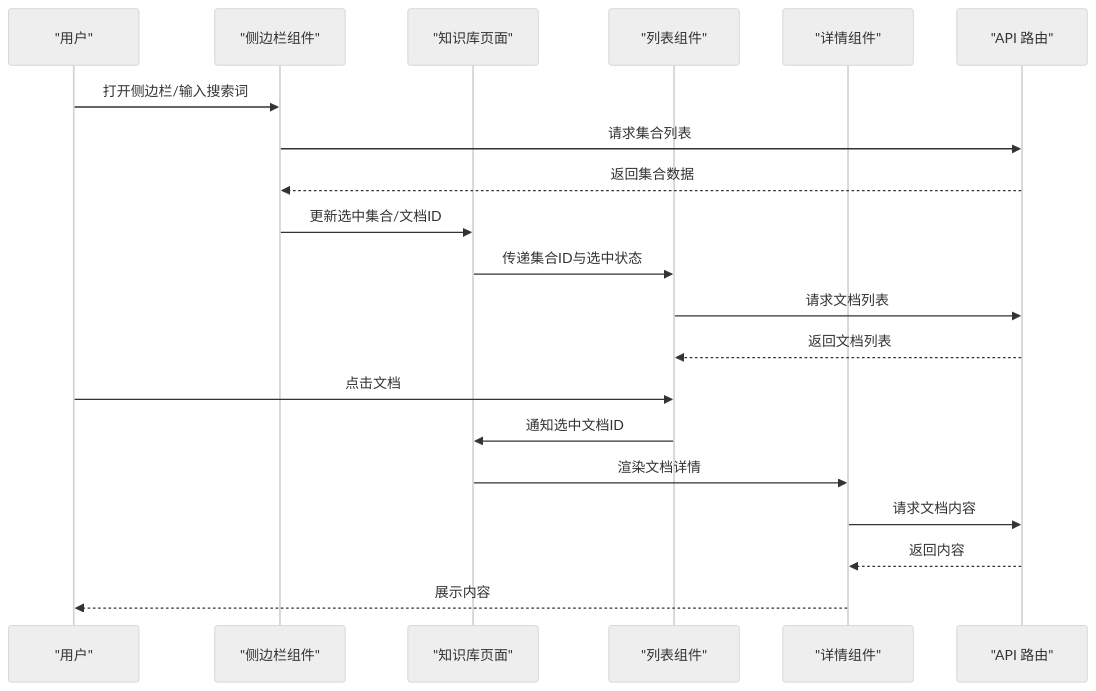
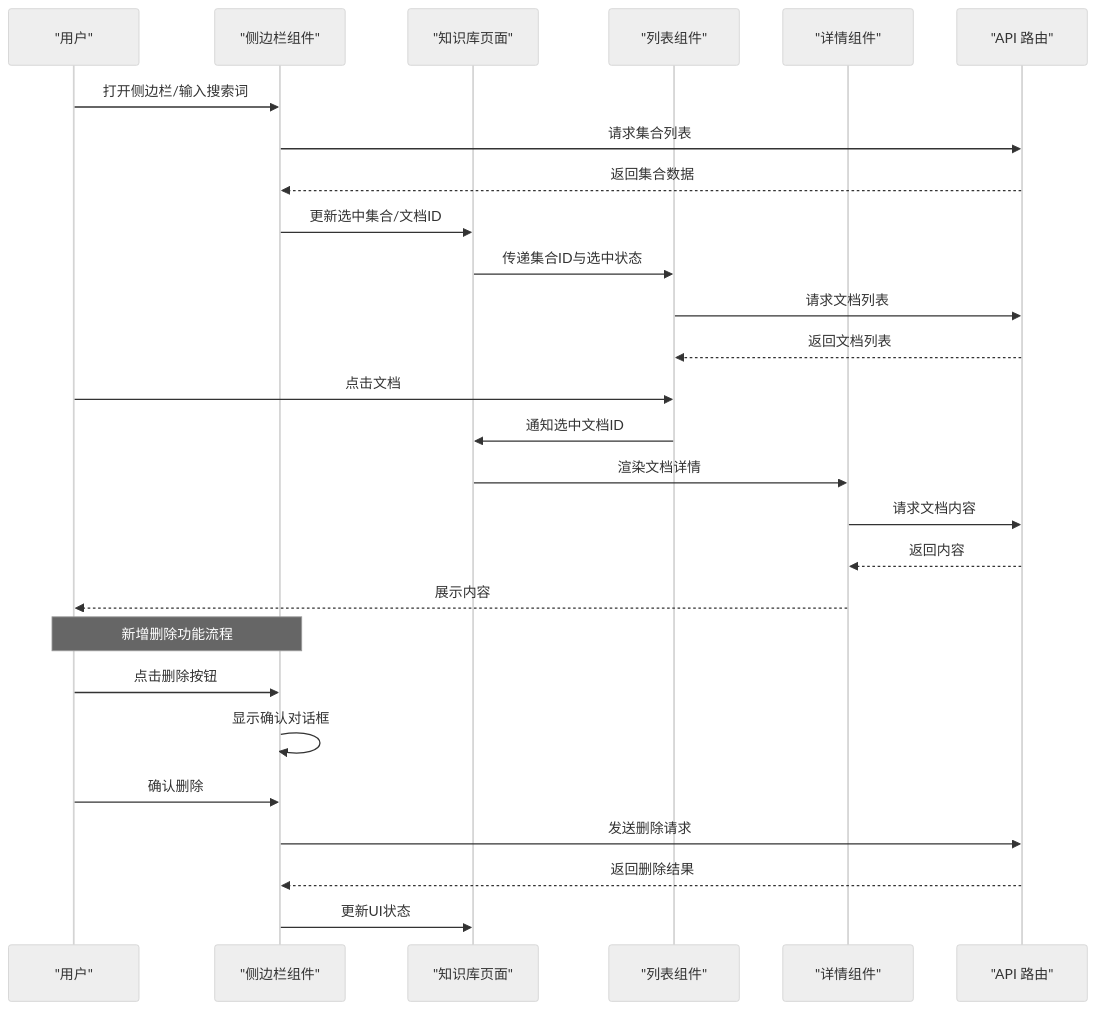
One commit to wangzihao64/RAG_Front changed the second of 4 diagrams in .qoder/repowiki/zh/content/知识库管理/知识库侧边栏组件.md. Above: the diagram before and after it, drawn with Mermaid (neutral theme). The commit also changed other lines of this file and 29 other files, not shown here.

````diff
--- a/.qoder/repowiki/zh/content/知识库管理/知识库侧边栏组件.md
+++ b/.qoder/repowiki/zh/content/知识库管理/知识库侧边栏组件.md
@@ -104,22 +112,29 @@
 ```mermaid
 sequenceDiagram
 participant U as "用户"
 participant S as "侧边栏组件"
 participant P as "知识库页面"
 participant L as "列表组件"
 participant D as "详情组件"
 participant API as "API 路由"
 U->>S : 打开侧边栏/输入搜索词
 S->>API : 请求集合列表
 API-->>S : 返回集合数据
 S->>P : 更新选中集合/文档ID
 P->>L : 传递集合ID与选中状态
 L->>API : 请求文档列表
 API-->>L : 返回文档列表
 U->>L : 点击文档
 L->>P : 通知选中文档ID
 P->>D : 渲染文档详情
 D->>API : 请求文档内容
 API-->>D : 返回内容
 D-->>U : 展示内容
+Note over S,U : 新增删除功能流程
+U->>S : 点击删除按钮
+S->>S : 显示确认对话框
+U->>S : 确认删除
+S->>API : 发送删除请求
+API-->>S : 返回删除结果
+S->>P : 更新UI状态
 ```
````
